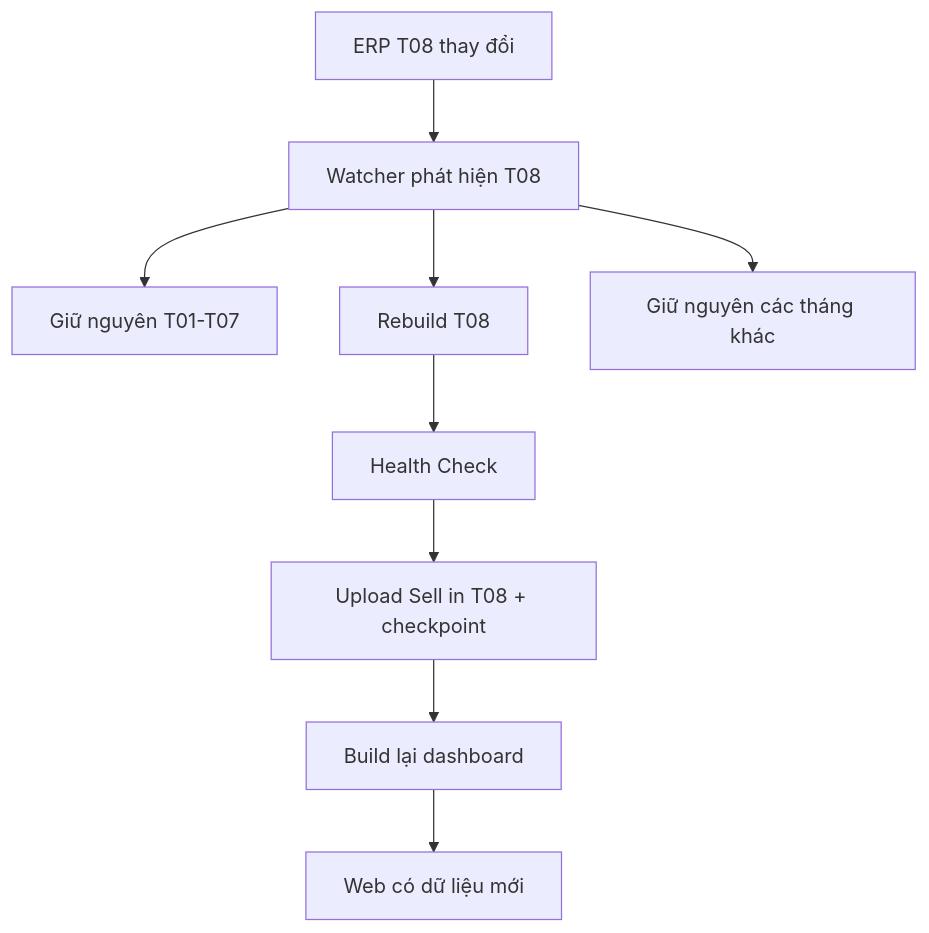
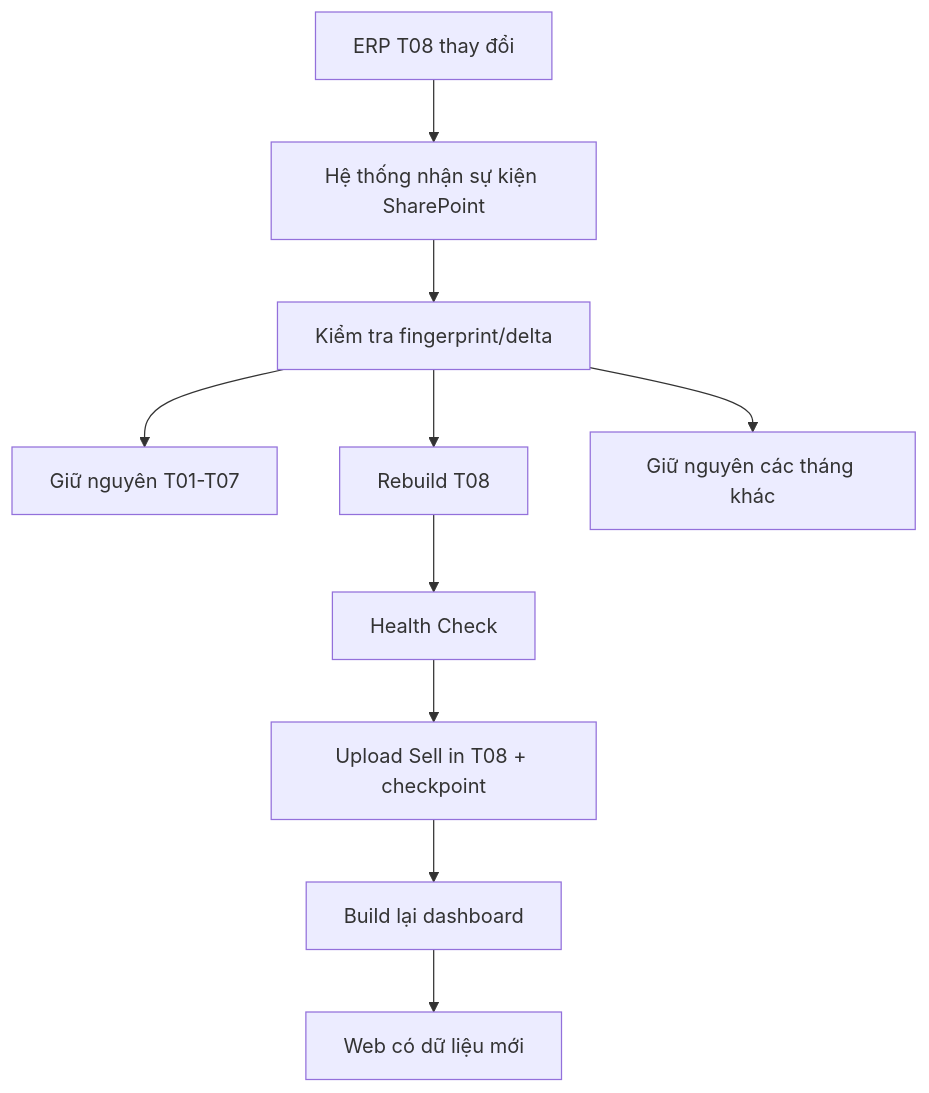
The second of 2 diagrams in HUONG_DAN_NHAN_VIEN_VIKODA.md (Huanpro1239/vikoda-sellin-dashboard), drawn with Mermaid before and after one commit. The commit also changed other lines of this file and 21 other files, not shown here.

First line of the commit message:
refactor: harden repository and remove legacy SharePoint paths

````diff
--- a/HUONG_DAN_NHAN_VIEN_VIKODA.md
+++ b/HUONG_DAN_NHAN_VIEN_VIKODA.md
@@ -116,11 +119,12 @@
 ```mermaid
 flowchart TD
-    A[ERP T08 thay đổi] --> B[Watcher phát hiện T08]
-    B --> C[Giữ nguyên T01-T07]
-    B --> D[Rebuild T08]
-    B --> E[Giữ nguyên các tháng khác]
-    D --> F[Health Check]
-    F --> G[Upload Sell in T08 + checkpoint]
-    G --> H[Build lại dashboard]
-    H --> I[Web có dữ liệu mới]
+    A[ERP T08 thay đổi] --> B[Hệ thống nhận sự kiện SharePoint]
+    B --> C[Kiểm tra fingerprint/delta]
+    C --> D[Giữ nguyên T01-T07]
+    C --> E[Rebuild T08]
+    C --> F[Giữ nguyên các tháng khác]
+    E --> G[Health Check]
+    G --> H[Upload Sell in T08 + checkpoint]
+    H --> I[Build lại dashboard]
+    I --> J[Web có dữ liệu mới]
 ```
````
